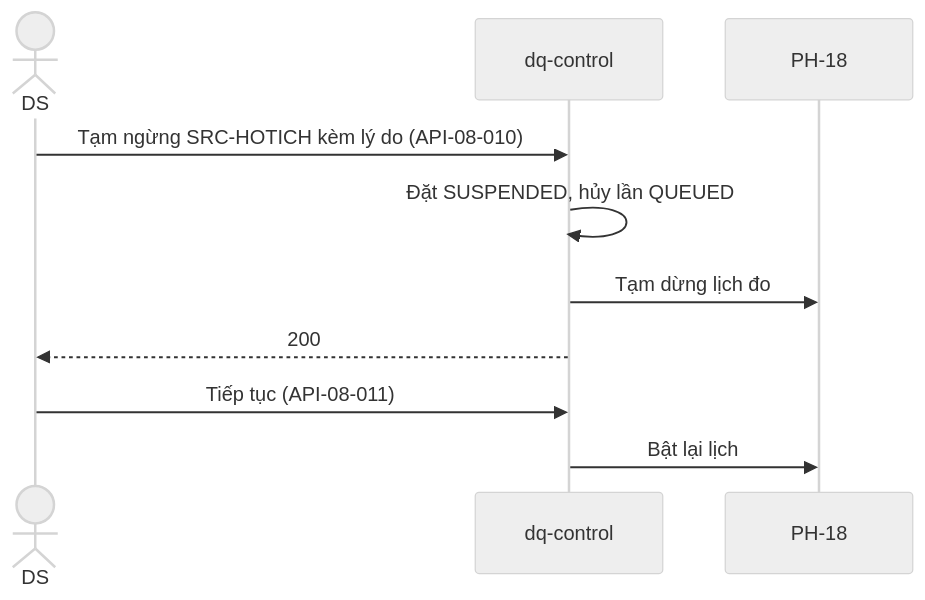
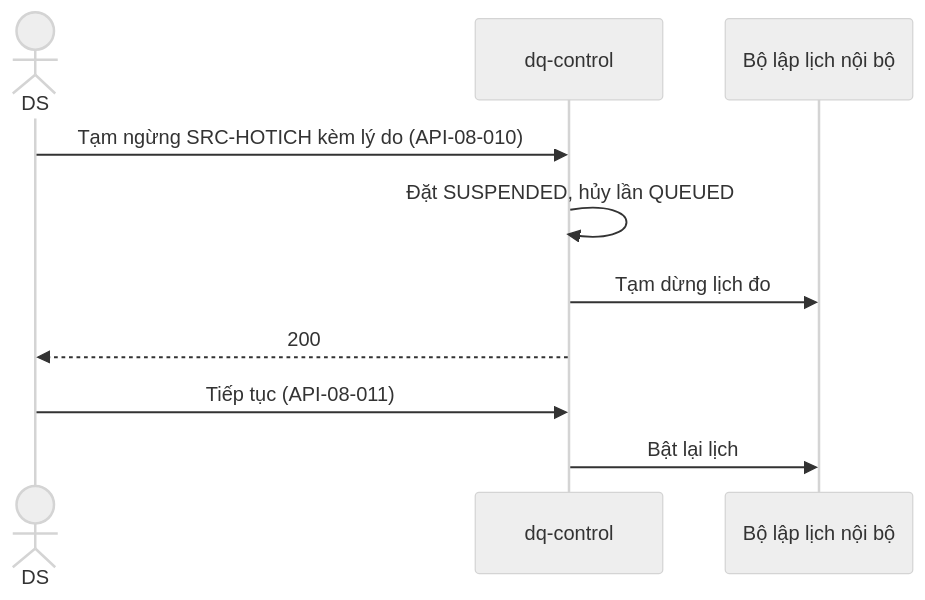
The eighth of 32 diagrams in datahub-docs/02-yeu-cau/use-case/D02-04-PH08-use-case-chat-luong-du-lieu.md (caprocute/DATAHUB), drawn with Mermaid (neutral theme) before and after one commit. The commit also changed other lines of this file and 24 other files, not shown here.

````diff
--- a/datahub-docs/02-yeu-cau/use-case/D02-04-PH08-use-case-chat-luong-du-lieu.md
+++ b/datahub-docs/02-yeu-cau/use-case/D02-04-PH08-use-case-chat-luong-du-lieu.md
@@ -559,12 +559,12 @@
 ```{.mermaid caption="Trình tự tạm ngừng và khôi phục đối tượng đo"}
 sequenceDiagram
   actor DS
   participant Q as dq-control
-  participant S as PH-18
+  participant S as Bộ lập lịch nội bộ
   DS->>Q: Tạm ngừng SRC-HOTICH kèm lý do (API-08-010)
   Q->>Q: Đặt SUSPENDED, hủy lần QUEUED
   Q->>S: Tạm dừng lịch đo
   Q-->>DS: 200
   DS->>Q: Tiếp tục (API-08-011)
   Q->>S: Bật lại lịch
 ```
````
